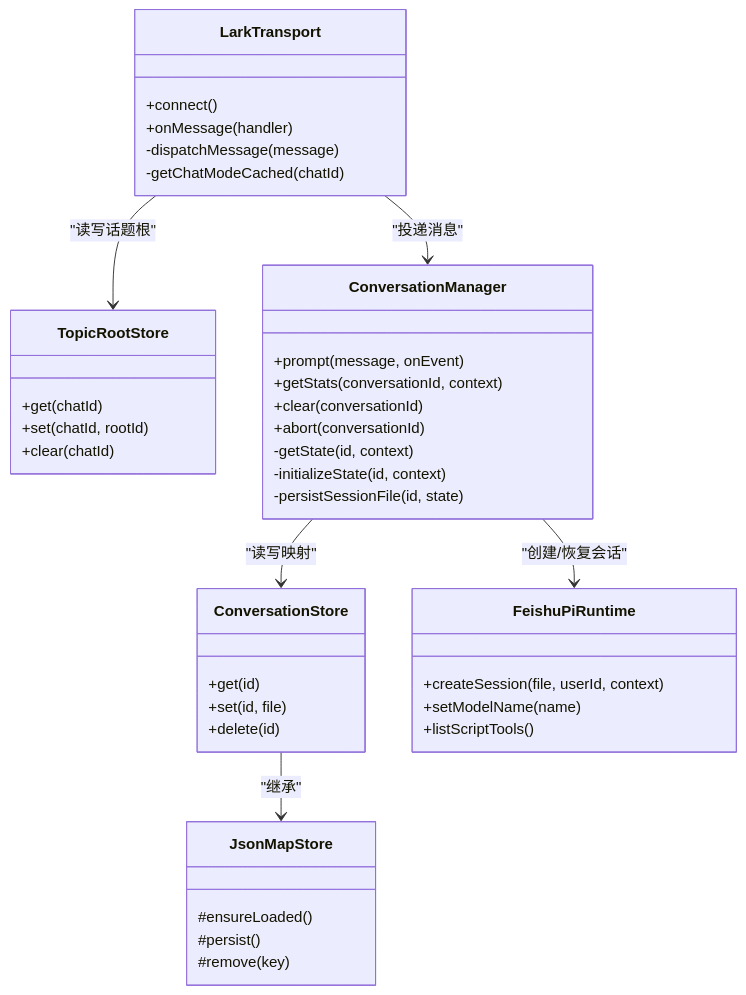
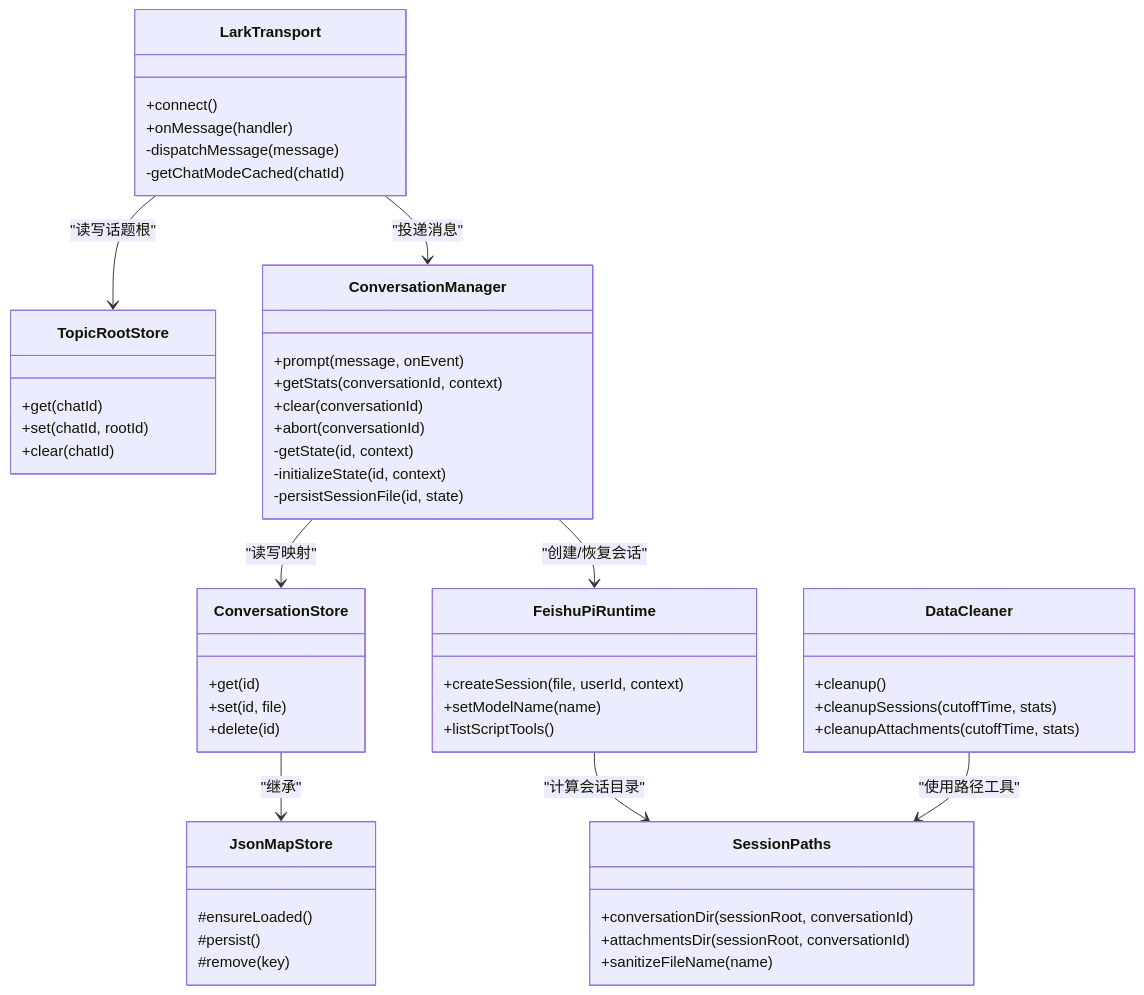
One commit to HeXiaoShu520/feishu-pi changed the fifth of 5 diagrams in .qoder/repowiki/zh/content/智能体运行时/会话管理.md. Above: the diagram before and after it, drawn with Mermaid. The commit also changed other lines of this file and 47 other files, not shown here.

````diff
--- a/.qoder/repowiki/zh/content/智能体运行时/会话管理.md
+++ b/.qoder/repowiki/zh/content/智能体运行时/会话管理.md
@@ -255,43 +383,55 @@
 ```mermaid
 classDiagram
 class LarkTransport {
 +connect()
 +onMessage(handler)
 -dispatchMessage(message)
 -getChatModeCached(chatId)
 }
 class TopicRootStore {
 +get(chatId)
 +set(chatId, rootId)
 +clear(chatId)
 }
 class ConversationManager {
 +prompt(message, onEvent)
 +getStats(conversationId, context)
 +clear(conversationId)
 +abort(conversationId)
 -getState(id, context)
 -initializeState(id, context)
 -persistSessionFile(id, state)
 }
 class ConversationStore {
 +get(id)
 +set(id, file)
 +delete(id)
 }
 class FeishuPiRuntime {
 +createSession(file, userId, context)
 +setModelName(name)
 +listScriptTools()
 }
+class SessionPaths {
++conversationDir(sessionRoot, conversationId)
++attachmentsDir(sessionRoot, conversationId)
++sanitizeFileName(name)
+}
+class DataCleaner {
++cleanup()
++cleanupSessions(cutoffTime, stats)
++cleanupAttachments(cutoffTime, stats)
+}
 class JsonMapStore {
 #ensureLoaded()
 #persist()
 #remove(key)
 }
 LarkTransport --> TopicRootStore : "读写话题根"
 LarkTransport --> ConversationManager : "投递消息"
 ConversationManager --> ConversationStore : "读写映射"
 ConversationManager --> FeishuPiRuntime : "创建/恢复会话"
+FeishuPiRuntime --> SessionPaths : "计算会话目录"
+DataCleaner --> SessionPaths : "使用路径工具"
 ConversationStore --> JsonMapStore : "继承"
 ```
````
